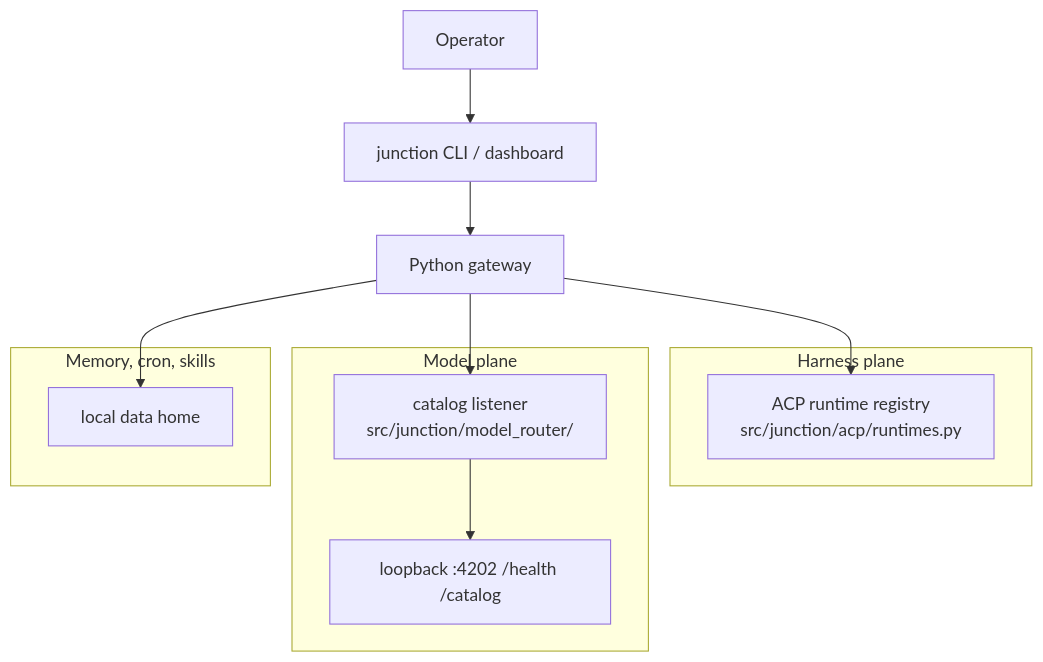
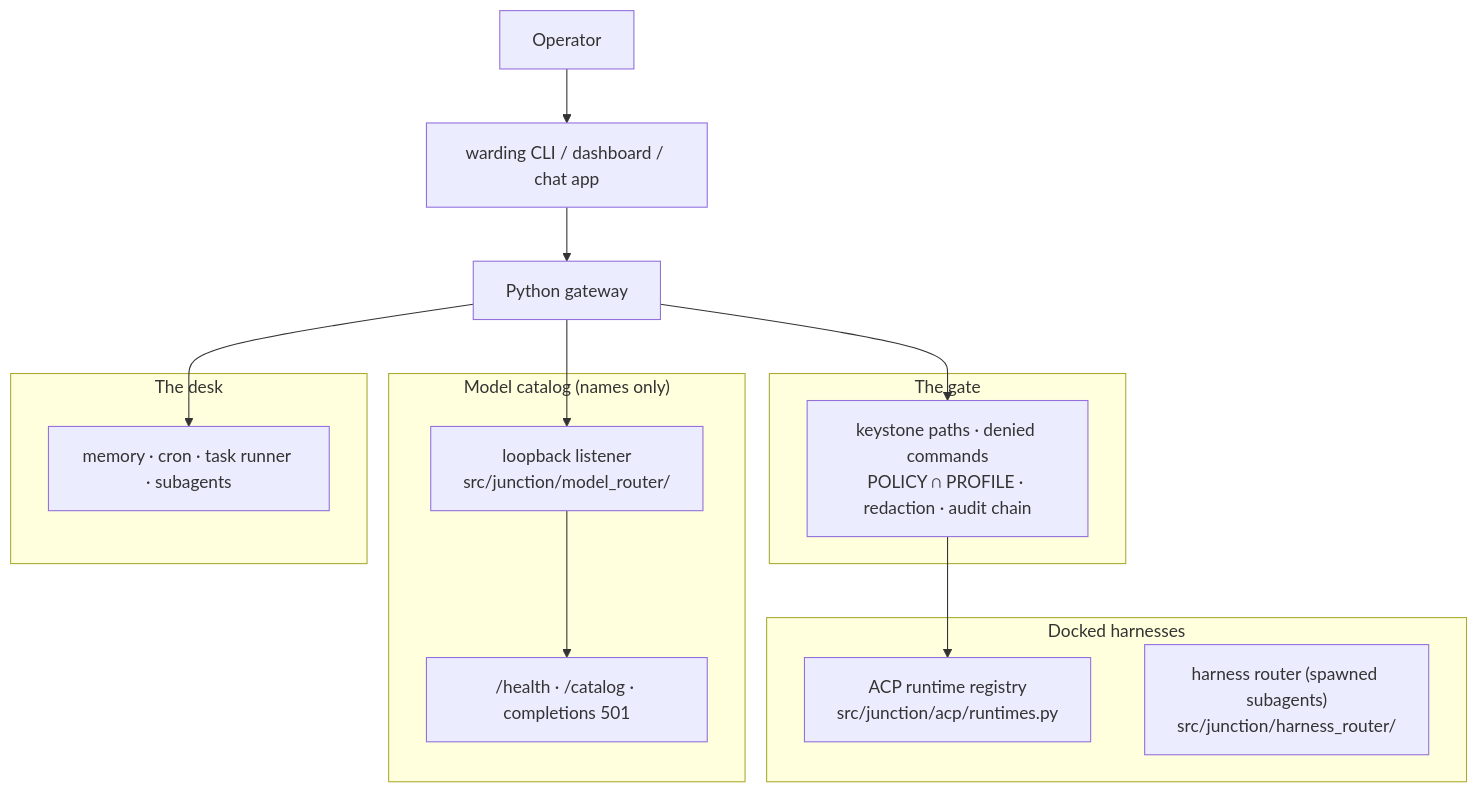
One commit to laqaer/junction changed the diagram in ARCHITECTURE.md. Above: the diagram before and after it, drawn with Mermaid. The commit also changed other lines of this file and 420 other files, not shown here.

````diff
--- a/ARCHITECTURE.md
+++ b/ARCHITECTURE.md
@@ -49,21 +64,25 @@
 ```mermaid
 flowchart TB
   Op[Operator]
-  Ui["junction CLI / dashboard"]
+  Ui["warding CLI / dashboard / chat app"]
   Gw[Python gateway]
-  subgraph Harness["Harness plane"]
+  subgraph Harness["Docked harnesses"]
     Reg["ACP runtime registry<br/>src/junction/acp/runtimes.py"]
+    HR["harness router (spawned subagents)<br/>src/junction/harness_router/"]
   end
-  subgraph Model["Model plane"]
-    MR["catalog listener<br/>src/junction/model_router/"]
-    CR["loopback :4202 /health /catalog"]
+  subgraph Gate["The gate"]
+    Pol["keystone paths · denied commands<br/>POLICY ∩ PROFILE · redaction · audit chain"]
   end
-  subgraph Home["Memory, cron, skills"]
-    Mem[local data home]
+  subgraph Catalog["Model catalog (names only)"]
+    MR["loopback listener<br/>src/junction/model_router/"]
+    CR["/health · /catalog · completions 501"]
+  end
+  subgraph Home["The desk"]
+    Mem["memory · cron · task runner · subagents"]
   end
   Op --> Ui --> Gw
-  Gw --> Reg
+  Gw --> Pol --> Reg
   Gw --> MR
   Gw --> Mem
   MR --> CR
 ```
````
